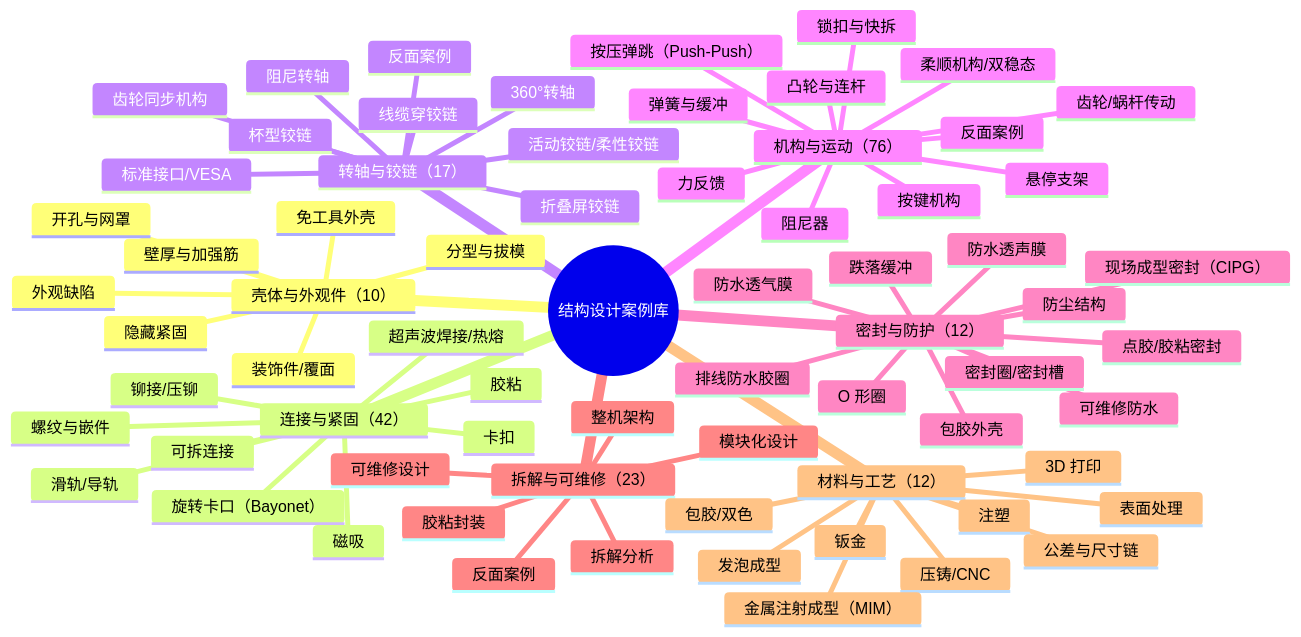
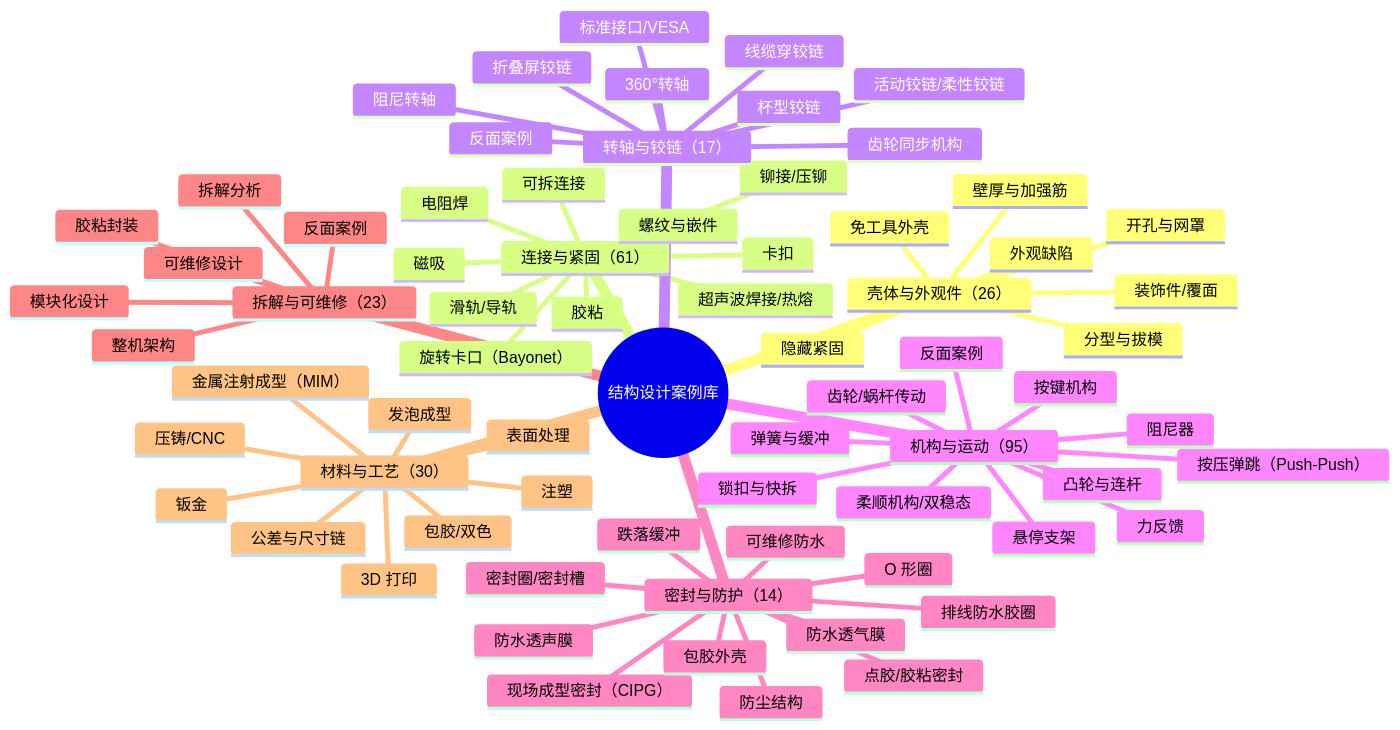
Before and after one commit to cat266816/structure-case-library: the diagram in vault/首页.md, drawn with Mermaid. The commit also changed other lines of this file and 584 other files, not shown here.

````diff
--- a/vault/首页.md
+++ b/vault/首页.md
@@ -40,73 +41,74 @@
 ```mermaid
 mindmap
   root((结构设计案例库))
-    壳体与外观件（10）
+    壳体与外观件（26）
       分型与拔模
       壁厚与加强筋
       免工具外壳
       隐藏紧固
       装饰件/覆面
       开孔与网罩
       外观缺陷
-    连接与紧固（42）
+    连接与紧固（61）
       卡扣
       螺纹与嵌件
       旋转卡口（Bayonet）
       滑轨/导轨
       磁吸
       胶粘
       超声波焊接/热熔
       铆接/压铆
+      电阻焊
       可拆连接
     转轴与铰链（17）
       阻尼转轴
       折叠屏铰链
       360°转轴
       活动铰链/柔性铰链
       齿轮同步机构
       线缆穿铰链
       标准接口/VESA
       杯型铰链
       反面案例
-    机构与运动（76）
+    机构与运动（95）
       按压弹跳（Push-Push）
       锁扣与快拆
       齿轮/蜗杆传动
       凸轮与连杆
       弹簧与缓冲
       柔顺机构/双稳态
       力反馈
       阻尼器
       按键机构
       悬停支架
       反面案例
-    密封与防护（12）
+    密封与防护（14）
       密封圈/密封槽
       O 形圈
       现场成型密封（CIPG）
       排线防水胶圈
       点胶/胶粘密封
       包胶外壳
       防水透气膜
       防水透声膜
       防尘结构
       跌落缓冲
       可维修防水
     拆解与可维修（23）
       拆解分析
       模块化设计
       可维修设计
       胶粘封装
       反面案例
       整机架构
-    材料与工艺（12）
+    材料与工艺（30）
       注塑
       钣金
       压铸/CNC
       3D 打印
       包胶/双色
       表面处理
       金属注射成型（MIM）
       公差与尺寸链
       发泡成型
 ```
````
